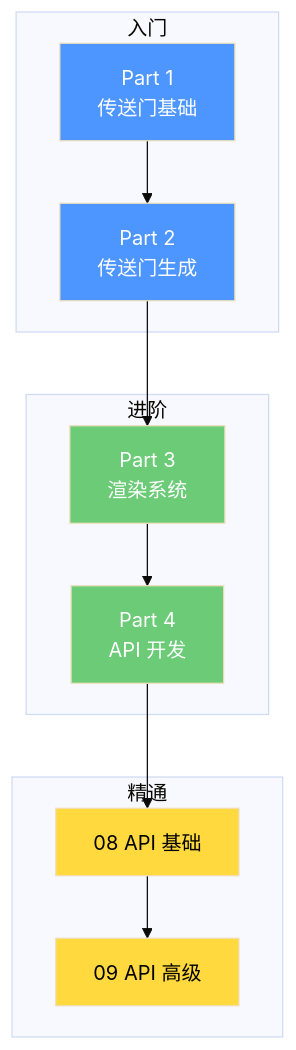
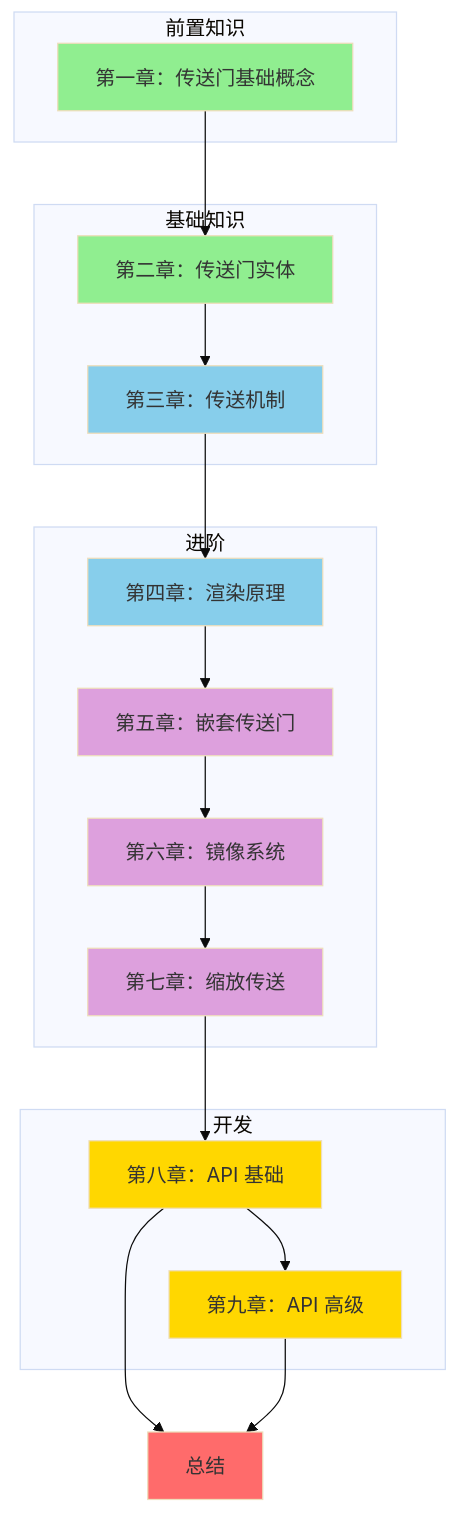
Before and after one commit to BaiGave/Minecraft-Learning: the diagram in content/ImmersivePortalsMod/tutorials/README.md, drawn with Mermaid (base theme). The commit also changed other lines of this file and 52 other files, not shown here.

````diff
--- a/content/ImmersivePortalsMod/tutorials/README.md
+++ b/content/ImmersivePortalsMod/tutorials/README.md
@@ -28,23 +30,37 @@
 ```mermaid
 flowchart TB
-    subgraph 入门
-        A[Part 1<br/>传送门基础] --> B[Part 2<br/>传送门生成]
+    subgraph 前置知识
+        A[第一章：传送门基础概念]
+    end
+
+    subgraph 基础知识
+        A --> B[第二章：传送门实体]
+        B --> C[第三章：传送机制]
     end
 
     subgraph 进阶
-        B --> C[Part 3<br/>渲染系统]
-        C --> D[Part 4<br/>API 开发]
+        C --> D[第四章：渲染原理]
+        D --> E[第五章：嵌套传送门]
+        E --> F[第六章：镜像系统]
+        F --> G[第七章：缩放传送]
     end
 
-    subgraph 精通
-        D --> E[08 API 基础]
-        E --> F[09 API 高级]
+    subgraph 开发
+        G --> H[第八章：API 基础]
+        H --> I[第九章：API 高级]
     end
 
-    style A fill:#4d96ff,color:#fff
-    style B fill:#4d96ff,color:#fff
-    style C fill:#6bcb77,color:#fff
-    style D fill:#6bcb77,color:#fff
-    style E fill:#ffd93d,color:#000
-    style F fill:#ffd93d,color:#000
+    H --> J[总结]
+    I --> J
+
+    style A fill:#90EE90
+    style B fill:#90EE90
+    style C fill:#87CEEB
+    style D fill:#87CEEB
+    style E fill:#DDA0DD
+    style F fill:#DDA0DD
+    style G fill:#DDA0DD
+    style H fill:#FFD700
+    style I fill:#FFD700
+    style J fill:#FF6B6B
 ```
````
